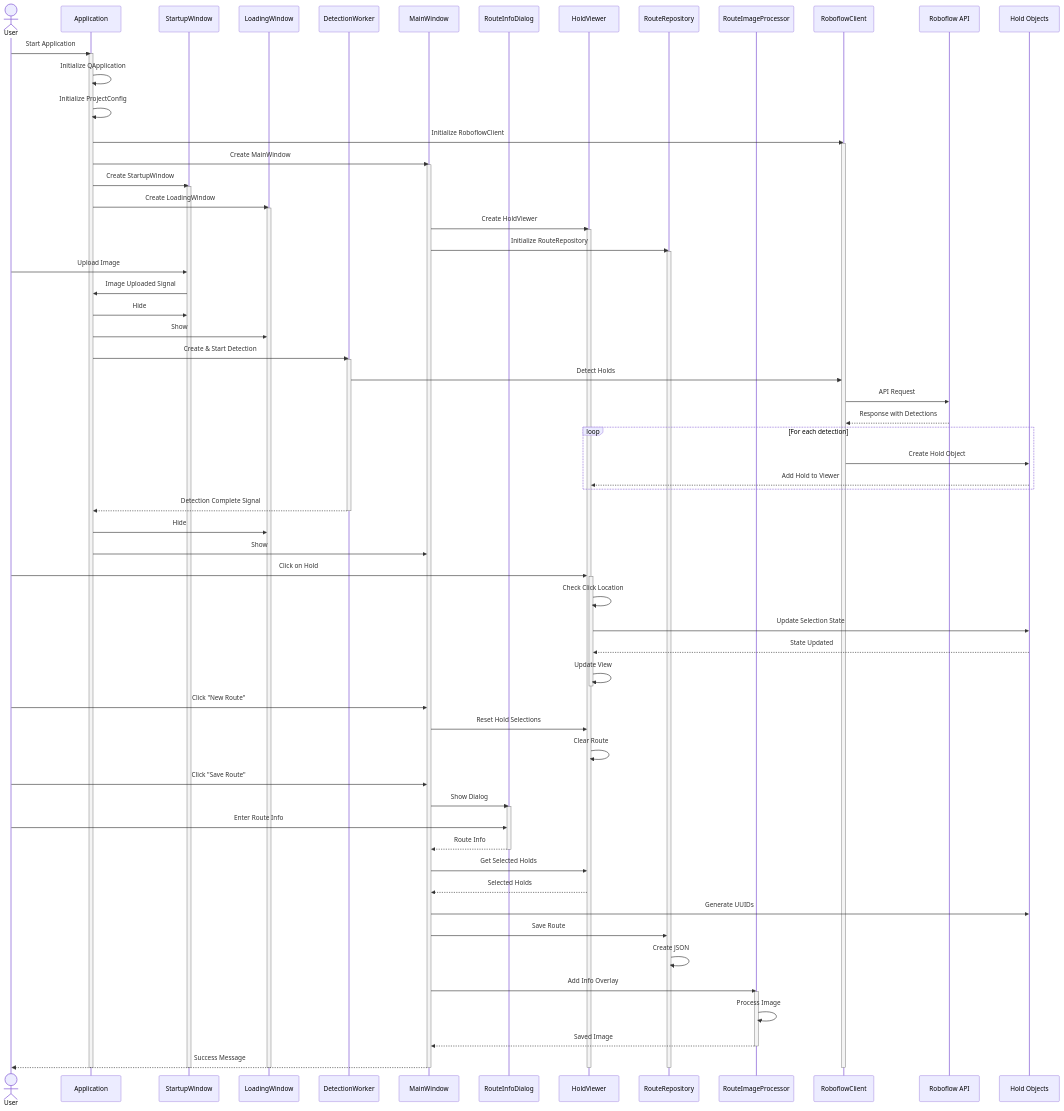
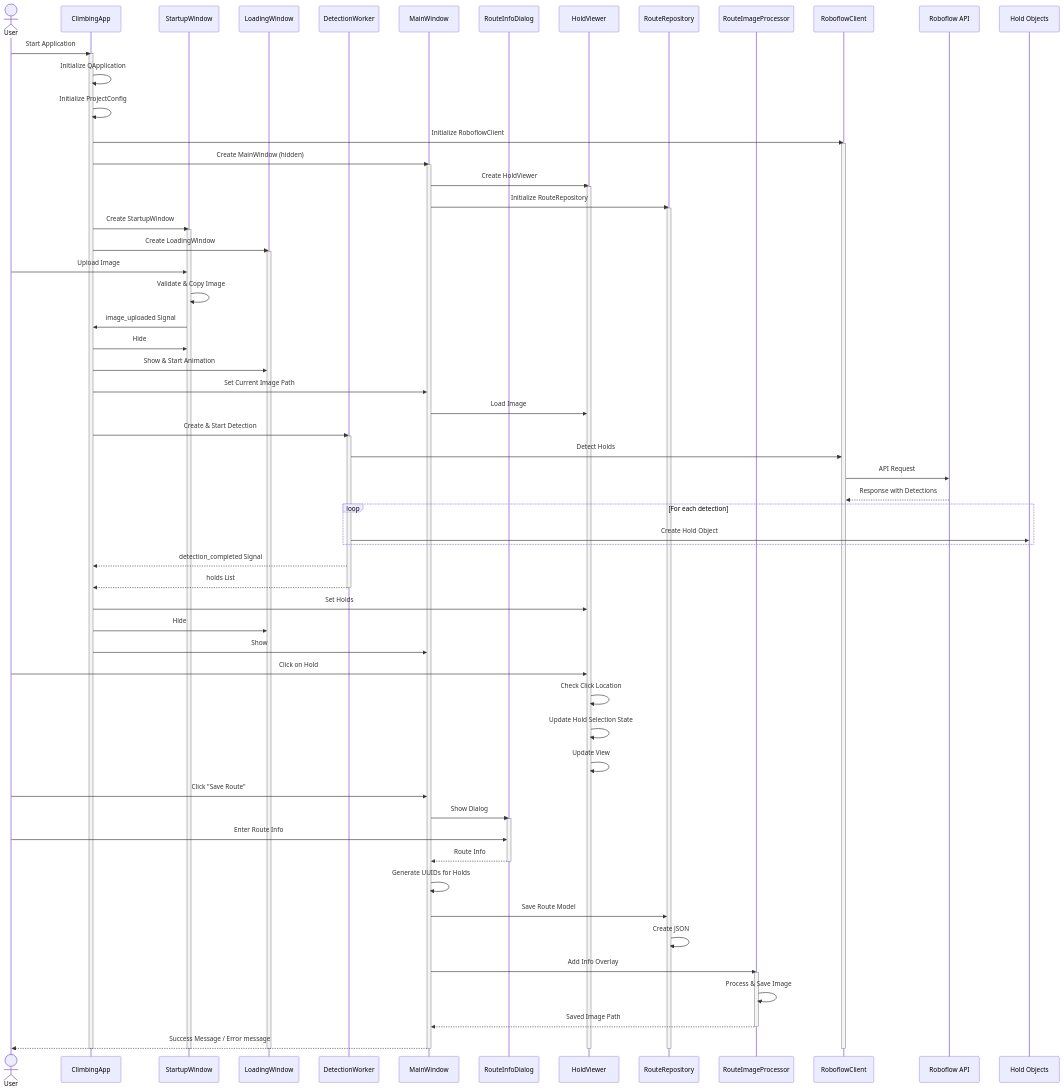
One commit to Floressek/ClimbingBetaBrakes changed the first of 3 diagrams in README.md. Above: the diagram before and after it, drawn with Mermaid. The commit also changed other lines of this file and 9 other files, not shown here.

````diff
--- a/README.md
+++ b/README.md
@@ -7,7 +7,7 @@
 ```mermaid
 sequenceDiagram
     actor User
-    participant App as Application
+    participant App as ClimbingApp
     participant SW as StartupWindow
     participant LW as LoadingWindow
     participant DW as DetectionWorker
@@ -27,22 +27,29 @@
     App->>App: Initialize ProjectConfig
     App->>RC: Initialize RoboflowClient
     activate RC
-    App->>MW: Create MainWindow
+    
+    # Główna różnica - MainWindow jest tworzone przed StartupWindow
+    App->>MW: Create MainWindow (hidden)
     activate MW
+    MW->>HV: Create HoldViewer
+    activate HV
+    MW->>RR: Initialize RouteRepository
+    activate RR
+    
     App->>SW: Create StartupWindow
     activate SW
     App->>LW: Create LoadingWindow
     activate LW
     
-    MW->>HV: Create HoldViewer
-    activate HV
-    MW->>RR: Initialize RouteRepository
-    activate RR
+    User->>SW: Upload Image
+    SW->>SW: Validate & Copy Image
+    SW->>App: image_uploaded Signal
     
-    User->>SW: Upload Image
-    SW->>App: Image Uploaded Signal
     App->>SW: Hide
-    App->>LW: Show
+    App->>LW: Show & Start Animation
+    App->>MW: Set Current Image Path
+    MW->>HV: Load Image
+    
     App->>DW: Create & Start Detection
     activate DW
     
@@ -50,27 +57,23 @@
     RC->>API: API Request
     API-->>RC: Response with Detections
     
+    # Hold objects są tworzone w DetectionWorker
     loop For each detection
-        RC->>Hold: Create Hold Object
-        Hold-->>HV: Add Hold to Viewer
+        DW->>Hold: Create Hold Object
     end
     
-    DW-->>App: Detection Complete Signal
+    DW-->>App: detection_completed Signal
+    DW-->>App: holds List
     deactivate DW
+    
+    App->>HV: Set Holds
     App->>LW: Hide
     App->>MW: Show
     
     User->>HV: Click on Hold
-    activate HV
     HV->>HV: Check Click Location
-    HV->>Hold: Update Selection State
-    Hold-->>HV: State Updated
+    HV->>HV: Update Hold Selection State
     HV->>HV: Update View
-    deactivate HV
-    
-    User->>MW: Click "New Route"
-    MW->>HV: Reset Hold Selections
-    HV->>HV: Clear Route
     
     User->>MW: Click "Save Route"
     MW->>RID: Show Dialog
@@ -79,20 +82,17 @@
     RID-->>MW: Route Info
     deactivate RID
     
-    MW->>HV: Get Selected Holds
-    HV-->>MW: Selected Holds
-    
-    MW->>Hold: Generate UUIDs
-    MW->>RR: Save Route
+    MW->>MW: Generate UUIDs for Holds
+    MW->>RR: Save Route Model
     RR->>RR: Create JSON
     
     MW->>RIP: Add Info Overlay
     activate RIP
-    RIP->>RIP: Process Image
-    RIP-->>MW: Saved Image
+    RIP->>RIP: Process & Save Image
+    RIP-->>MW: Saved Image Path
     deactivate RIP
     
-    MW-->>User: Success Message
+    MW-->>User: Success Message / Error message
     
     deactivate RR
     deactivate HV
@@ -101,5 +101,4 @@
     deactivate SW
     deactivate RC
     deactivate App
-
 ```
````
